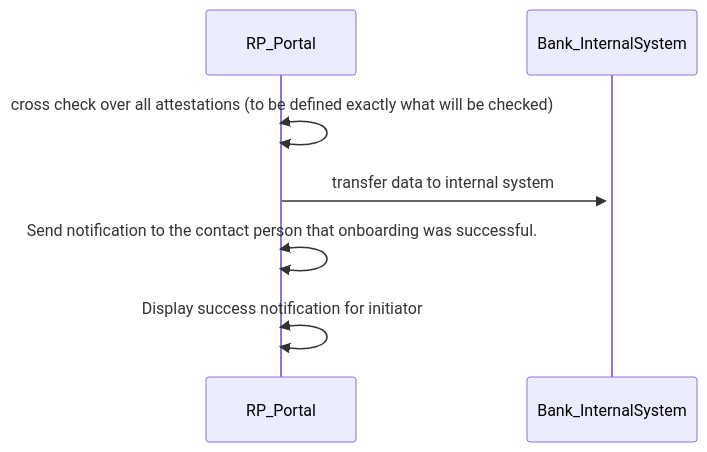
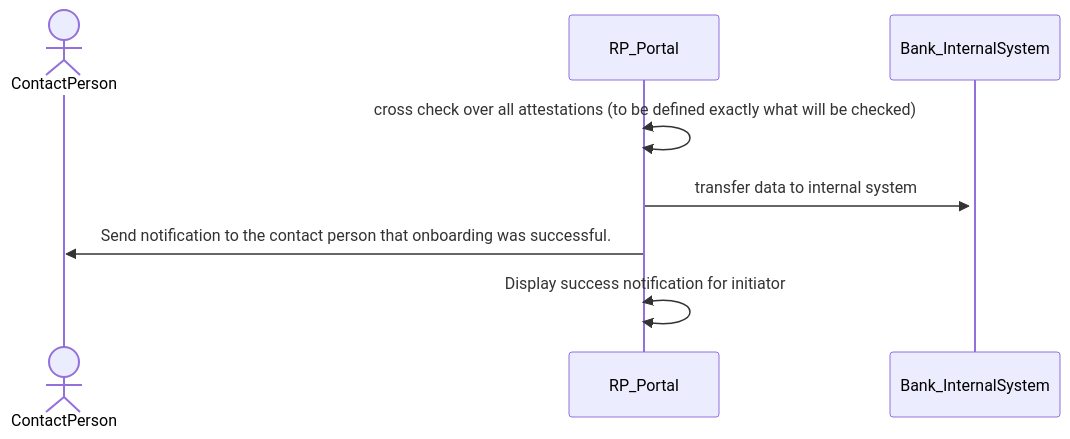
The seventh of 7 diagrams in BU1/BU1_KYC.md (DominicHurni/wp3-technology-standards), drawn with Mermaid before and after one commit. The commit also changed 3 other files, not shown here.

````diff
--- a/BU1/BU1_KYC.md
+++ b/BU1/BU1_KYC.md
@@ -151,8 +151,9 @@
 ```mermaid
 sequenceDiagram
+    actor ContactPerson
     RP_Portal<<->>RP_Portal: cross check over all attestations (to be defined exactly what will be checked)
     RP_Portal->>+Bank_InternalSystem: transfer data to internal system
     
-    RP_Portal<<->>RP_Portal: Send notification to the contact person that onboarding was successful.
+    RP_Portal->>ContactPerson: Send notification to the contact person that onboarding was successful.
     RP_Portal<<->>RP_Portal: Display success notification for initiator
 ```
````
